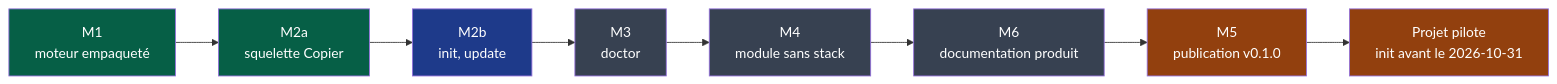
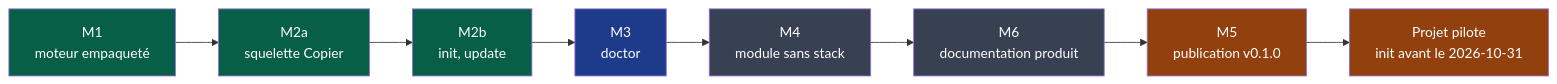
The diagram in docs/governance/plans/2026-09-15-moteur-v0.1.0.md (NapkinStack/engineering-os), drawn with Mermaid before and after one commit. The commit also changed other lines of this file and 7 other files, not shown here.

````diff
--- a/docs/governance/plans/2026-09-15-moteur-v0.1.0.md
+++ b/docs/governance/plans/2026-09-15-moteur-v0.1.0.md
@@ -48,15 +48,15 @@
 ```mermaid
 flowchart LR
     M1["M1<br/>moteur empaqueté"]:::fait --> M2a["M2a<br/>squelette Copier"]:::fait
-    M2a --> M2b["M2b<br/>init, update"]:::encours
-    M2b --> M3["M3<br/>doctor"]:::afaire
+    M2a --> M2b["M2b<br/>init, update"]:::fait
+    M2b --> M3["M3<br/>doctor"]:::encours
     M3 --> M4["M4<br/>module sans stack"]:::afaire
     M4 --> M6["M6<br/>documentation produit"]:::afaire
     M6 --> M5["M5<br/>publication v0.1.0"]:::humain
     M5 --> PP["Projet pilote<br/>init avant le 2026-10-31"]:::humain
 
     classDef fait fill:#065f46,color:#fff
     classDef encours fill:#1e3a8a,color:#fff
     classDef afaire fill:#374151,color:#fff
     classDef humain fill:#92400e,color:#fff
 ```
````
